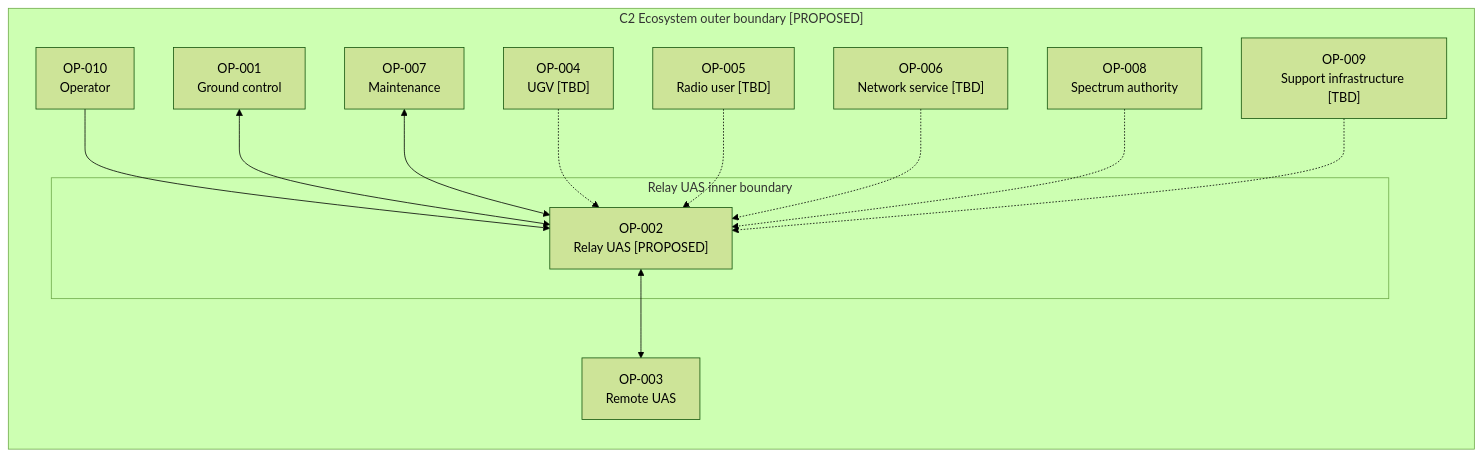
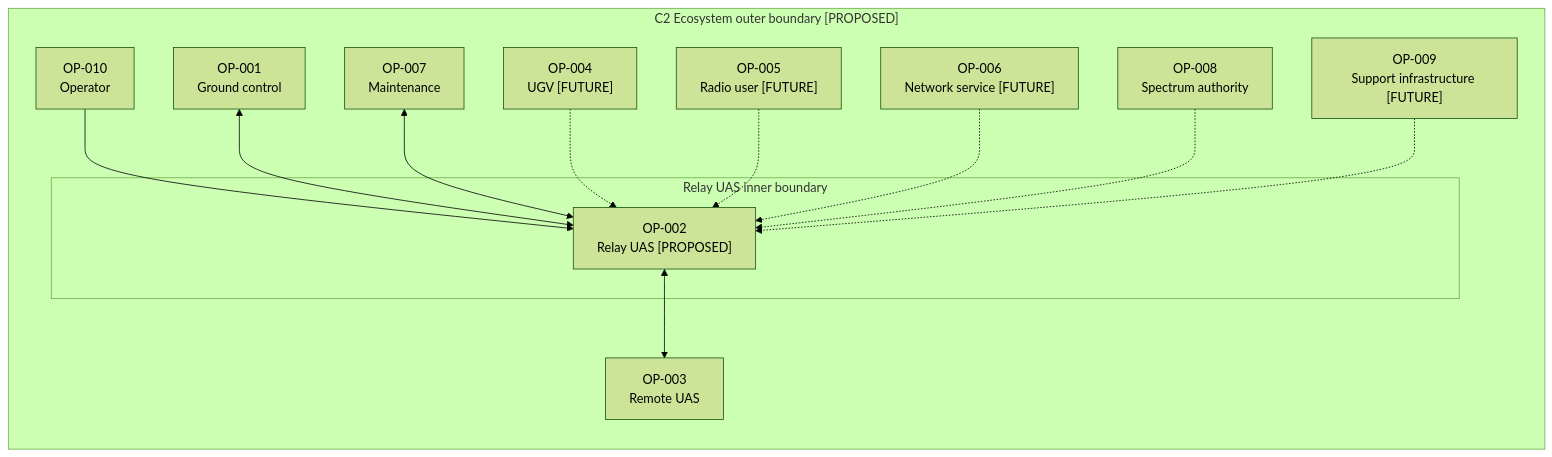
One commit to noahstephenson/low-cost-relay-uas changed the second of 12 diagrams in architecture.md. Above: the diagram before and after it, drawn with Mermaid (forest theme). The commit also changed other lines of this file and 12 other files, not shown here.

Commit message:
Mature relay UAS candidate architecture

````diff
--- a/architecture.md
+++ b/architecture.md
@@ -53,27 +55,27 @@
 ```mermaid
 flowchart LR
     %% Configuration scope: CFG-SOS context - CFG-REP / CFG-DOM / CFG-DIG inner constituent
     subgraph OUTER["C2 Ecosystem outer boundary [PROPOSED]"]
         OP_010["OP-010<br/>Operator"]
         OP_001["OP-001<br/>Ground control"]
         OP_003["OP-003<br/>Remote UAS"]
-        OP_004["OP-004<br/>UGV [TBD]"]
-        OP_005["OP-005<br/>Radio user [TBD]"]
-        OP_006["OP-006<br/>Network service [TBD]"]
+        OP_004["OP-004<br/>UGV [FUTURE]"]
+        OP_005["OP-005<br/>Radio user [FUTURE]"]
+        OP_006["OP-006<br/>Network service [FUTURE]"]
         OP_007["OP-007<br/>Maintenance"]
         OP_008["OP-008<br/>Spectrum authority"]
-        OP_009["OP-009<br/>Support infrastructure [TBD]"]
+        OP_009["OP-009<br/>Support infrastructure [FUTURE]"]
         subgraph INNER["Relay UAS inner boundary"]
             OP_002["OP-002<br/>Relay UAS [PROPOSED]"]
         end
     end
     OP_010 --> OP_002
     OP_001 <--> OP_002
     OP_002 <--> OP_003
     OP_007 <--> OP_002
     OP_004 -.-> OP_002
     OP_005 -.-> OP_002
     OP_006 -.-> OP_002
     OP_008 -.-> OP_002
     OP_009 -.-> OP_002
 ```
````
